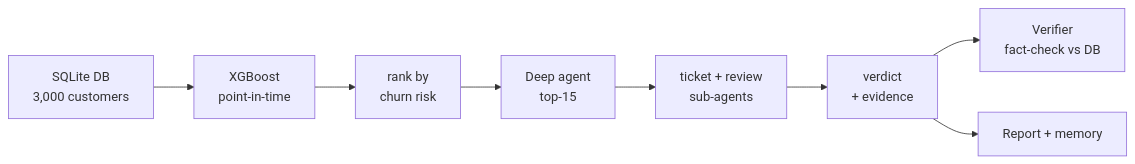
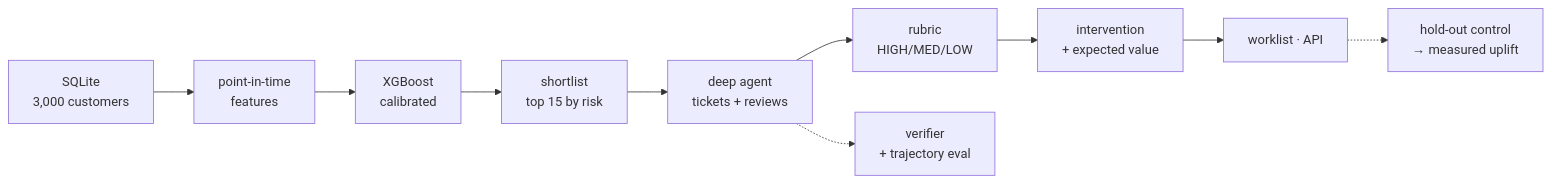
The diagram in README.md (Khatalahmed/customer_churn_alert_agent), drawn with Mermaid before and after one commit. The commit also changed other lines of this file and 3 other files, not shown here.

````diff
--- a/README.md
+++ b/README.md
@@ -60,10 +55,12 @@
 ```mermaid
 flowchart LR
-    A[SQLite DB<br/>3,000 customers] --> B[XGBoost<br/>point-in-time]
-    B --> C[rank by<br/>churn risk]
-    C --> D[Deep agent<br/>top-15]
-    D --> E[ticket + review<br/>sub-agents]
-    E --> F[verdict<br/>+ evidence]
-    F --> G[Verifier<br/>fact-check vs DB]
-    F --> H[Report + memory]
+    A[SQLite<br/>3,000 customers] --> B[point-in-time<br/>features]
+    B --> C[XGBoost<br/>calibrated]
+    C --> D[shortlist<br/>top 15 by risk]
+    D --> E[deep agent<br/>tickets + reviews]
+    E --> F[rubric<br/>HIGH/MED/LOW]
+    F --> G[intervention<br/>+ expected value]
+    G --> H[worklist · API]
+    E -.-> V[verifier<br/>+ trajectory eval]
+    H -.-> L[hold-out control<br/>→ measured uplift]
 ```
````
